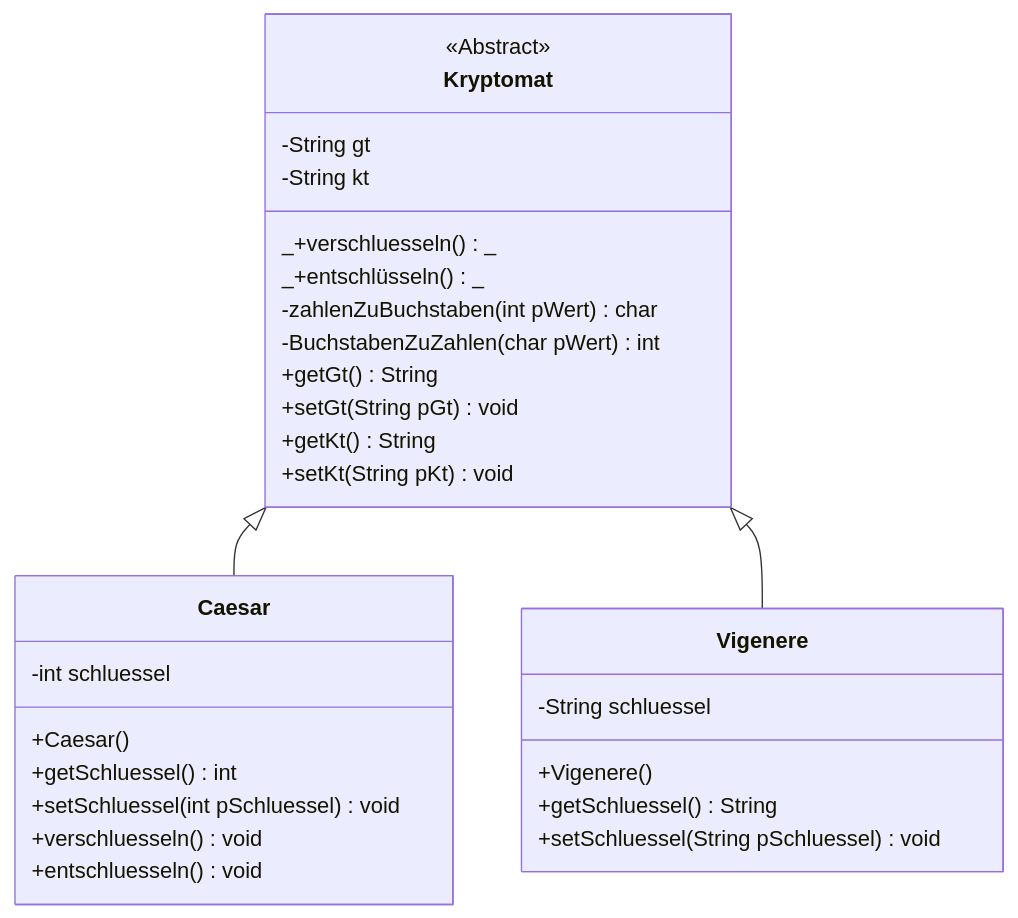
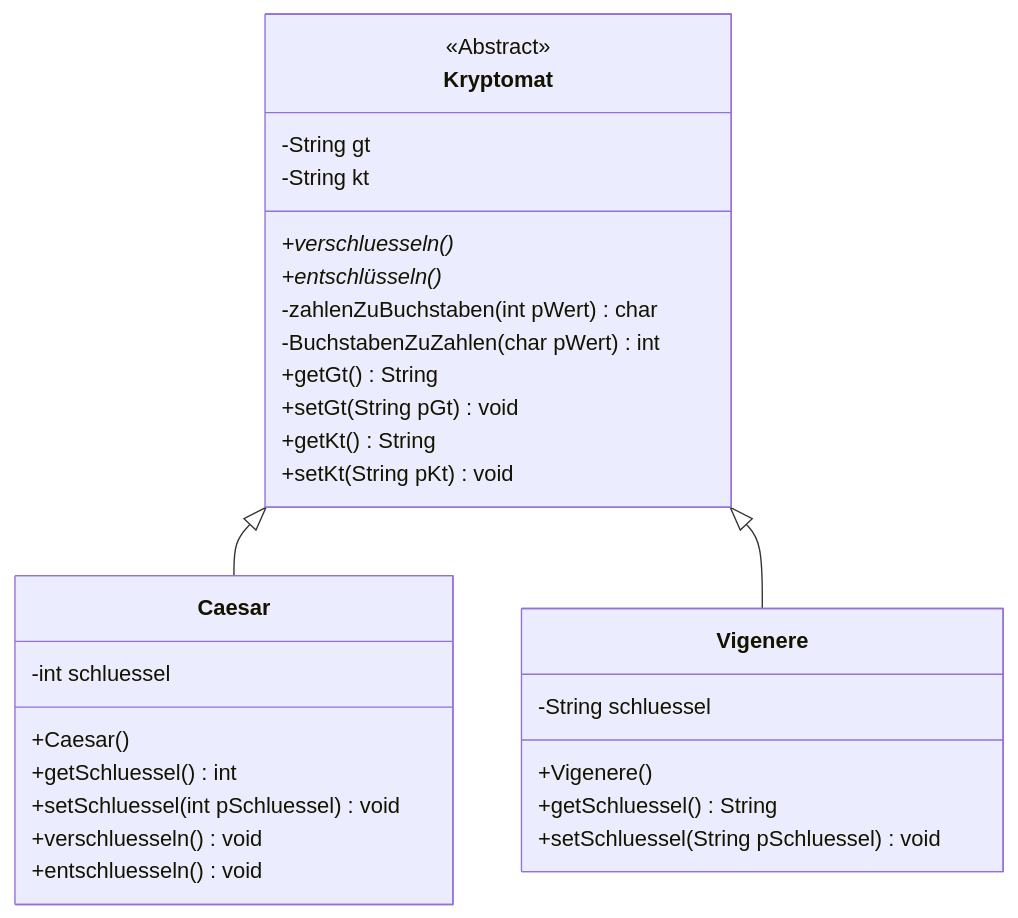
The diagram in book/kryptologie/kryptomat.md (rueckertgym/begleitmaterial), drawn with Mermaid before and after one commit. The commit also changed 1 other file, not shown here.

Commit message:
Aktualisieren book/kryptologie/kryptomat.md, book/kryptologie/Caesar/index.md

````diff
--- a/book/kryptologie/kryptomat.md
+++ b/book/kryptologie/kryptomat.md
@@ -10,32 +10,32 @@
 ```mermaid
 classDiagram
     Kryptomat <|-- Caesar
     Kryptomat <|-- Vigenere
     <<Abstract>> Kryptomat
     Kryptomat : -String gt
     Kryptomat : -String kt
-    Kryptomat: _+verschluesseln()_
-    Kryptomat: _+entschlüsseln()_
+    Kryptomat: +verschluesseln()*
+    Kryptomat: +entschlüsseln()*
     Kryptomat: -zahlenZuBuchstaben(int pWert) char
     Kryptomat: -BuchstabenZuZahlen(char pWert) int
     Kryptomat: +getGt() String
     Kryptomat: +setGt(String pGt) void
     Kryptomat: +getKt() String
     Kryptomat: +setKt(String pKt) void
 
     class Caesar{
       -int schluessel
       +Caesar()
       +getSchluessel() int
       +setSchluessel(int pSchluessel) void 
       +verschluesseln() void
       +entschluesseln() void
     }
     class Vigenere{
       -String schluessel
       +Vigenere()
       +getSchluessel() String
       +setSchluessel(String pSchluessel) void
     }
     
 ```
````
